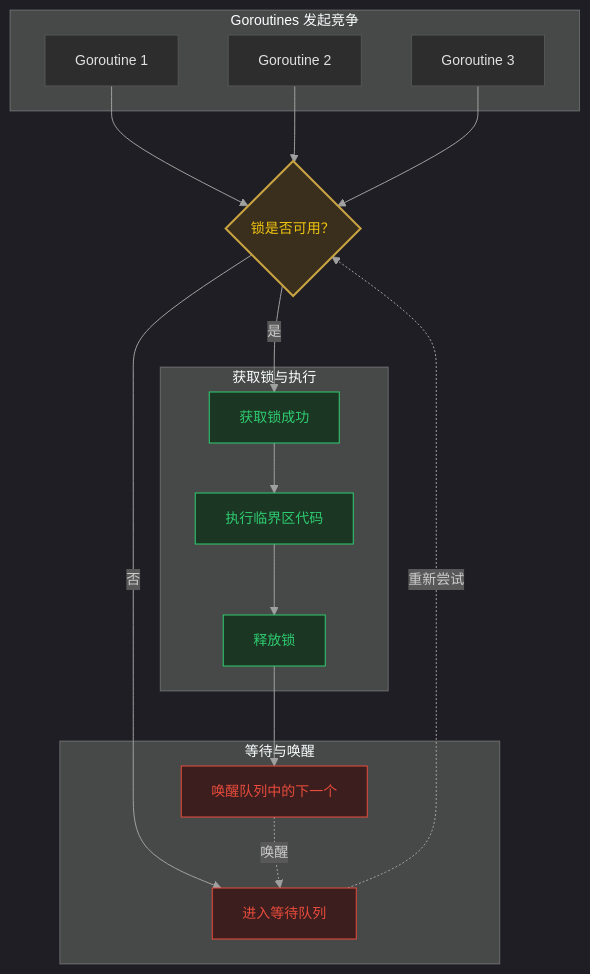
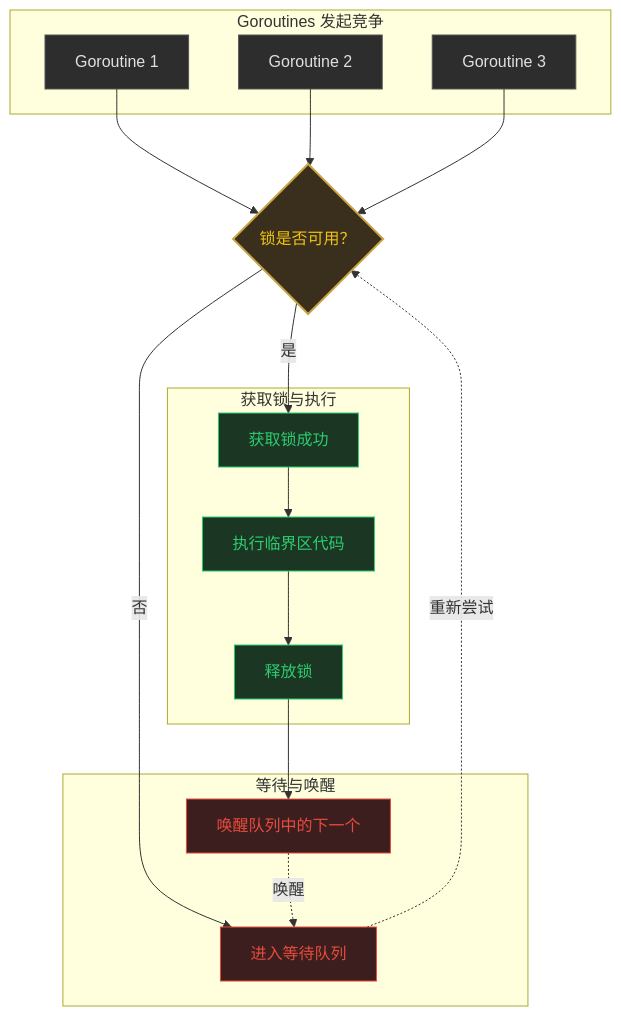
Before and after one commit to teatang/t-blog: the first of 2 diagrams in source/_posts/2026/2026-05-19_Golang 读写锁底层竞争与 Cache 抖动详解.md, drawn with Mermaid. The commit also changed other lines of this file and 1 other file, not shown here.

Commit message:
update blog

```diff
--- a/source/_posts/2026/2026-05-19_Golang 读写锁底层竞争与 Cache 抖动详解.md
+++ b/source/_posts/2026/2026-05-19_Golang 读写锁底层竞争与 Cache 抖动详解.md
@@ -130,58 +130,48 @@
 {% mermaid %}
-%%{init: {
-  'theme': 'dark',
-  'themeVariables': {
-    'background': '#1e1e1e',
-    'primaryColor': '#2d2d2d',
-    'primaryTextColor': '#f4f4f4',
-    'lineColor': '#a0a0a0',
-    'fontSize': '14px'
-  }
-}}%%
 graph TD
     %% 节点定义与样式分组
     subgraph 竞争阶段 [Goroutines 发起竞争]
         A1[Goroutine 1]
         A2[Goroutine 2]
         A3[Goroutine 3]
     end
 
     B{"锁是否可用？"}
     
     subgraph 成功路径 [获取锁与执行]
         C[获取锁成功]
         E[执行临界区代码]
         F[释放锁]
     end
 
     subgraph 阻塞队列 [等待与唤醒]
         D[进入等待队列]
         G[唤醒队列中的下一个]
     end
 
     %% 流程连线
     A1 --> B
     A2 --> B
     A3 --> B
 
     B -- 是 --> C
     B -- 否 --> D
 
     C --> E
     E --> F
     F --> G
     
     %% 唤醒后重新竞争
     G -. 唤醒 .-> D
     D -. 重新尝试 .-> B
 
     %% 样式调整 (适合深色背景)
     classDef default fill:#2d2d2d,stroke:#555,stroke-width:1px,color:#e0e0e0;
     classDef judge fill:#3a2f1d,stroke:#caa442,stroke-width:2px,color:#f1c40f;
     classDef success fill:#1b3622,stroke:#2ecc71,stroke-width:1px,color:#2ecc71;
     classDef block fill:#3c1e1e,stroke:#e74c3c,stroke-width:1px,color:#e74c3c;
     
     class B judge;
     class C,E,F success;
     class D,G block;
 {% endmermaid %}
```
